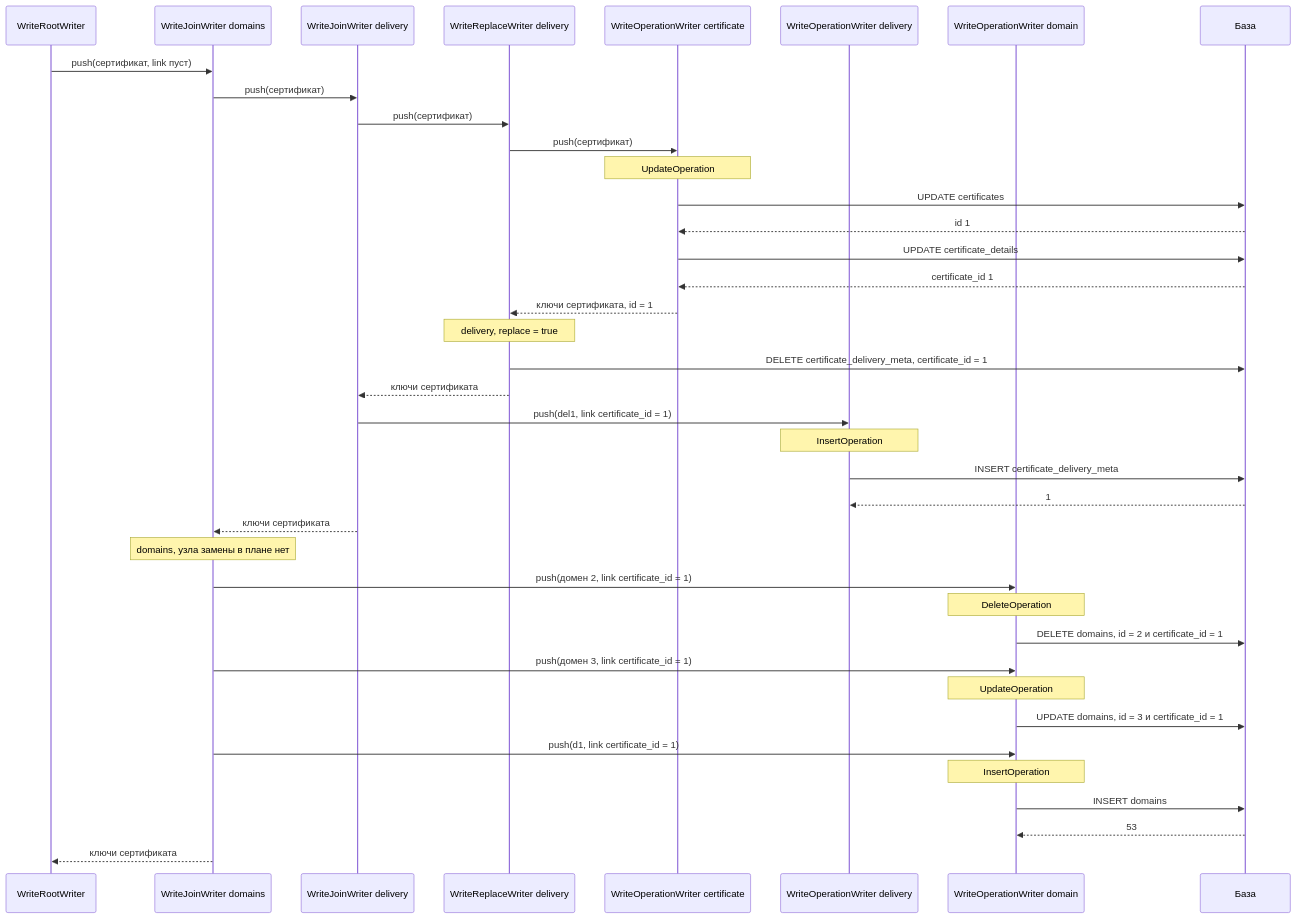
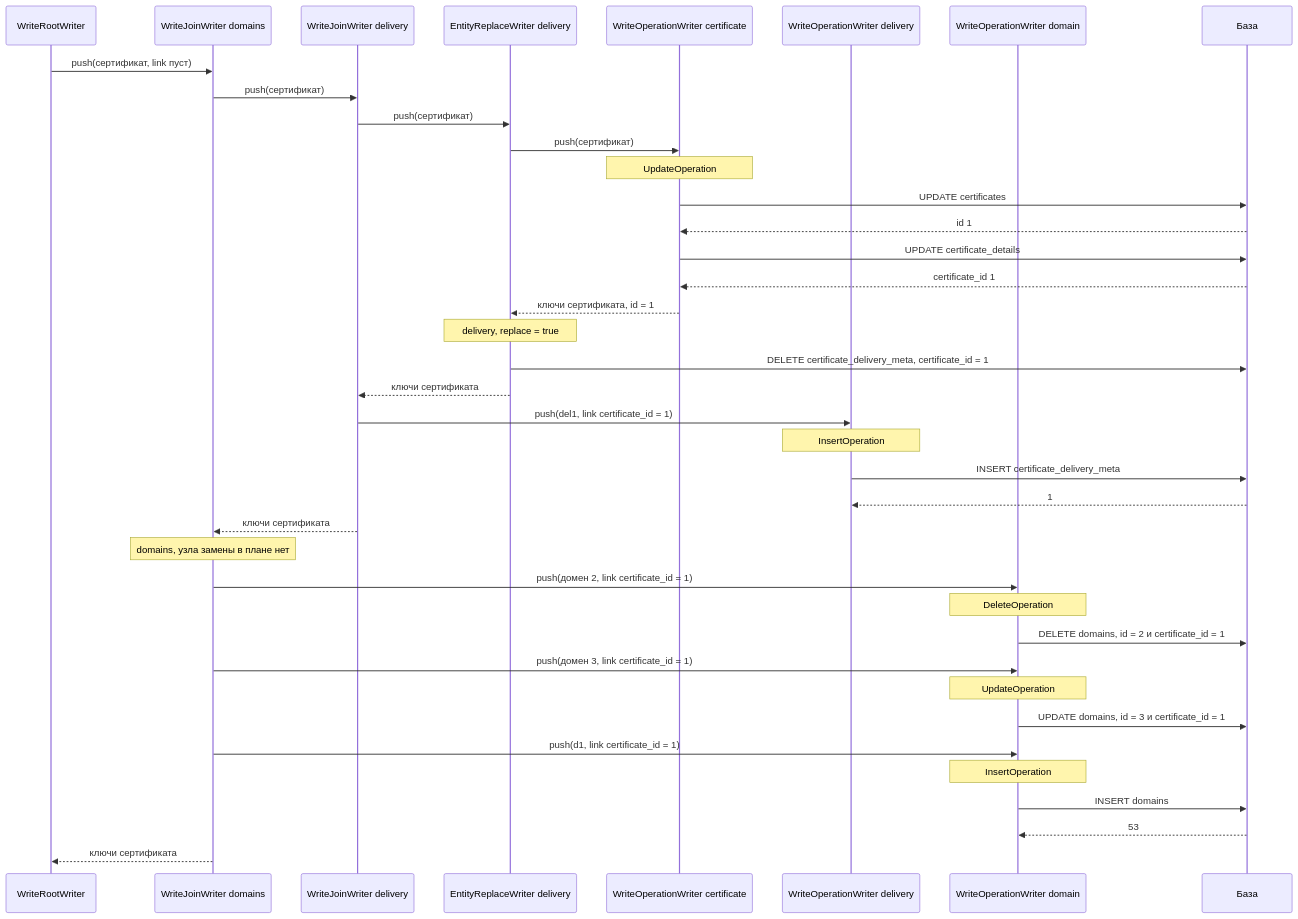
Before and after one commit to eduard-gr/jsonapi-engine: the third of 3 diagrams in example/patch-document.md, drawn with Mermaid. The commit also changed other lines of this file and 286 other files, not shown here.

````diff
--- a/example/patch-document.md
+++ b/example/patch-document.md
@@ -458,44 +461,44 @@
 ```mermaid
 sequenceDiagram
     participant R as WriteRootWriter
     participant JD as WriteJoinWriter domains
     participant JV as WriteJoinWriter delivery
-    participant RV as WriteReplaceWriter delivery
+    participant RV as EntityReplaceWriter delivery
     participant OC as WriteOperationWriter certificate
     participant OV as WriteOperationWriter delivery
     participant OD as WriteOperationWriter domain
     participant DB as База
 
     R->>JD: push(сертификат, link пуст)
     JD->>JV: push(сертификат)
     JV->>RV: push(сертификат)
     RV->>OC: push(сертификат)
     Note over OC: UpdateOperation
     OC->>DB: UPDATE certificates
     DB-->>OC: id 1
     OC->>DB: UPDATE certificate_details
     DB-->>OC: certificate_id 1
     OC-->>RV: ключи сертификата, id = 1
 
     Note over RV: delivery, replace = true
     RV->>DB: DELETE certificate_delivery_meta, certificate_id = 1
     RV-->>JV: ключи сертификата
     JV->>OV: push(del1, link certificate_id = 1)
     Note over OV: InsertOperation
     OV->>DB: INSERT certificate_delivery_meta
     DB-->>OV: 1
     JV-->>JD: ключи сертификата
 
     Note over JD: domains, узла замены в плане нет
     JD->>OD: push(домен 2, link certificate_id = 1)
     Note over OD: DeleteOperation
     OD->>DB: DELETE domains, id = 2 и certificate_id = 1
     JD->>OD: push(домен 3, link certificate_id = 1)
     Note over OD: UpdateOperation
     OD->>DB: UPDATE domains, id = 3 и certificate_id = 1
     JD->>OD: push(d1, link certificate_id = 1)
     Note over OD: InsertOperation
     OD->>DB: INSERT domains
     DB-->>OD: 53
     JD-->>R: ключи сертификата
 ```
````
